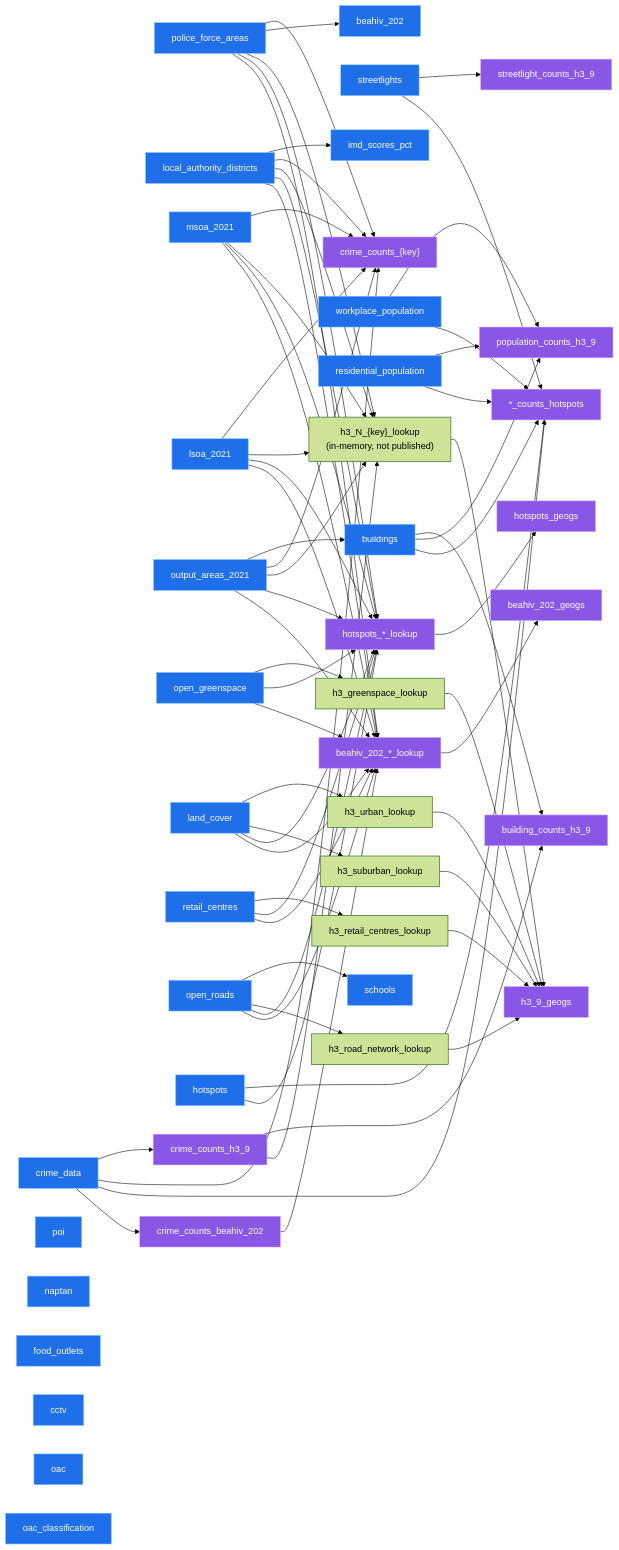
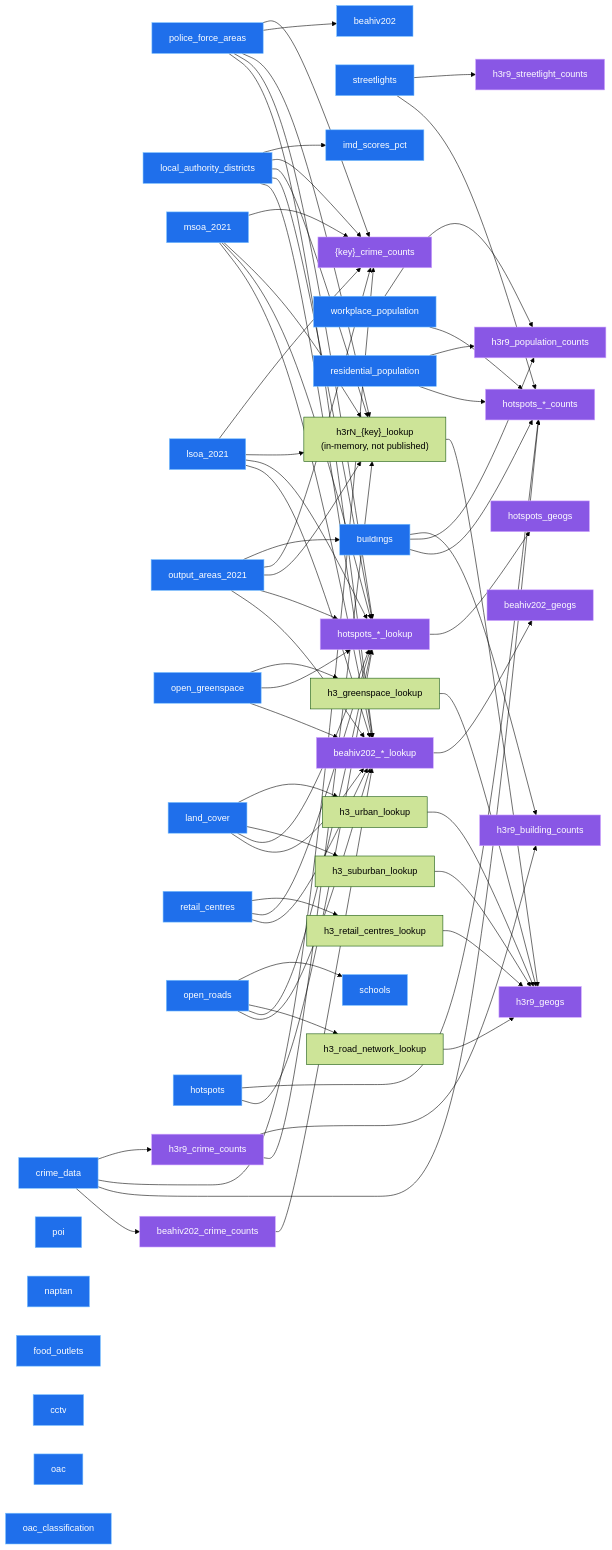
One commit to safer-streets/safer-streets-tooling changed the diagram in README.md. Above: the diagram before and after it, drawn with Mermaid (forest theme). The commit also changed other lines of this file and 41 other files, not shown here.

````diff
--- a/README.md
+++ b/README.md
@@ -87,27 +93,27 @@
    oac_classification
    workplace_population
    residential_population
-   beahiv_202
+   beahiv202
    hotspots
 
-   crime_counts_h3_9
-   crime_counts_geog["crime_counts_{key}"]
-   streetlight_counts_h3_9
-   building_counts_h3_9
-   population_counts_h3_9
-   h3_geogs_lookup["h3_N_{key}_lookup<br/>(in-memory, not published)"]
+   h3r9_crime_counts
+   geog_crime_counts["{key}_crime_counts"]
+   h3r9_streetlight_counts
+   h3r9_building_counts
+   h3r9_population_counts
+   h3_geogs_lookup["h3rN_{key}_lookup<br/>(in-memory, not published)"]
    h3_greenspace_lookup
    h3_urban_lookup
    h3_suburban_lookup
    h3_road_network_lookup
    h3_retail_centres_lookup
-   h3_9_geogs
-   hotspot_counts["*_counts_hotspots"]
+   h3r9_geogs
+   hotspot_counts["hotspots_*_counts"]
    hotspot_lookups["hotspots_*_lookup"]
    hotspots_geogs
-   crime_counts_beahiv_202
-   beahiv_lookups["beahiv_202_*_lookup"]
-   beahiv_202_geogs
+   beahiv202_crime_counts
+   beahiv_lookups["beahiv202_*_lookup"]
+   beahiv202_geogs
 
    direction LR
 
@@ -117,21 +123,21 @@
     output_areas_2021 --> buildings
 
     %% transform edges
-    crime_data --> crime_counts_h3_9
-    crime_data --> crime_counts_geog
-    police_force_areas --> crime_counts_geog
-    local_authority_districts --> crime_counts_geog
-    msoa_2021 --> crime_counts_geog
-    lsoa_2021 --> crime_counts_geog
-    output_areas_2021 --> crime_counts_geog
-    streetlights --> streetlight_counts_h3_9
-    buildings --> building_counts_h3_9
-    crime_counts_h3_9 --> building_counts_h3_9
-    buildings --> population_counts_h3_9
-    workplace_population --> population_counts_h3_9
-    residential_population --> population_counts_h3_9
-    police_force_areas --> beahiv_202
-    crime_counts_h3_9 --> h3_geogs_lookup
+    crime_data --> h3r9_crime_counts
+    crime_data --> geog_crime_counts
+    police_force_areas --> geog_crime_counts
+    local_authority_districts --> geog_crime_counts
+    msoa_2021 --> geog_crime_counts
+    lsoa_2021 --> geog_crime_counts
+    output_areas_2021 --> geog_crime_counts
+    streetlights --> h3r9_streetlight_counts
+    buildings --> h3r9_building_counts
+    h3r9_crime_counts --> h3r9_building_counts
+    buildings --> h3r9_population_counts
+    workplace_population --> h3r9_population_counts
+    residential_population --> h3r9_population_counts
+    police_force_areas --> beahiv202
+    h3r9_crime_counts --> h3_geogs_lookup
     police_force_areas --> h3_geogs_lookup
     local_authority_districts --> h3_geogs_lookup
     msoa_2021 --> h3_geogs_lookup
@@ -142,12 +148,12 @@
     land_cover --> h3_suburban_lookup
     open_roads --> h3_road_network_lookup
     retail_centres --> h3_retail_centres_lookup
-    h3_geogs_lookup --> h3_9_geogs
-    h3_greenspace_lookup --> h3_9_geogs
-    h3_urban_lookup --> h3_9_geogs
-    h3_suburban_lookup --> h3_9_geogs
-    h3_road_network_lookup --> h3_9_geogs
-    h3_retail_centres_lookup --> h3_9_geogs
+    h3_geogs_lookup --> h3r9_geogs
+    h3_greenspace_lookup --> h3r9_geogs
+    h3_urban_lookup --> h3r9_geogs
+    h3_suburban_lookup --> h3r9_geogs
+    h3_road_network_lookup --> h3r9_geogs
+    h3_retail_centres_lookup --> h3r9_geogs
 
     %% transform edges: the same relations on the hotspot hexes (their own grid, so no crime_counts edge)
     hotspots --> hotspot_counts
@@ -169,8 +175,8 @@
     hotspot_lookups --> hotspots_geogs
 
     %% transform edges: the same relations on the BEAHIV grid (its cells come from its own counts)
-    crime_data --> crime_counts_beahiv_202
-    crime_counts_beahiv_202 --> beahiv_lookups
+    crime_data --> beahiv202_crime_counts
+    beahiv202_crime_counts --> beahiv_lookups
     police_force_areas --> beahiv_lookups
     local_authority_districts --> beahiv_lookups
     msoa_2021 --> beahiv_lookups
@@ -180,11 +186,11 @@
     land_cover --> beahiv_lookups
     open_roads --> beahiv_lookups
     retail_centres --> beahiv_lookups
-    beahiv_lookups --> beahiv_202_geogs
+    beahiv_lookups --> beahiv202_geogs
 
     %% colour by phase, tuned for dark backgrounds (white text on saturated fills, light strokes)
     classDef extract fill:#1f6feb,stroke:#79c0ff,stroke-width:1px,color:#ffffff;
     classDef transform fill:#8957e5,stroke:#d2a8ff,stroke-width:1px,color:#ffffff;
-    class crime_data,police_force_areas,local_authority_districts,msoa_2021,lsoa_2021,output_areas_2021,open_greenspace,land_cover,buildings,retail_centres,open_roads,poi,naptan,food_outlets,streetlights,cctv,schools,imd_scores_pct,oac,oac_classification,workplace_population,residential_population,beahiv_202,hotspots extract;
-    class crime_counts_h3_9,crime_counts_geog,streetlight_counts_h3_9,building_counts_h3_9,population_counts_h3_9,h3_9_geogs,hotspot_counts,hotspot_lookups,hotspots_geogs,crime_counts_beahiv_202,beahiv_lookups,beahiv_202_geogs transform;
+    class crime_data,police_force_areas,local_authority_districts,msoa_2021,lsoa_2021,output_areas_2021,open_greenspace,land_cover,buildings,retail_centres,open_roads,poi,naptan,food_outlets,streetlights,cctv,schools,imd_scores_pct,oac,oac_classification,workplace_population,residential_population,beahiv202,hotspots extract;
+    class h3r9_crime_counts,geog_crime_counts,h3r9_streetlight_counts,h3r9_building_counts,h3r9_population_counts,h3r9_geogs,hotspot_counts,hotspot_lookups,hotspots_geogs,beahiv202_crime_counts,beahiv_lookups,beahiv202_geogs transform;
 ```
````
